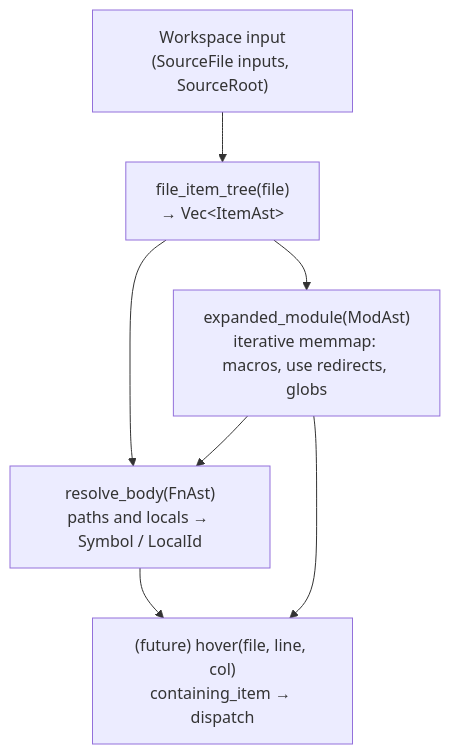
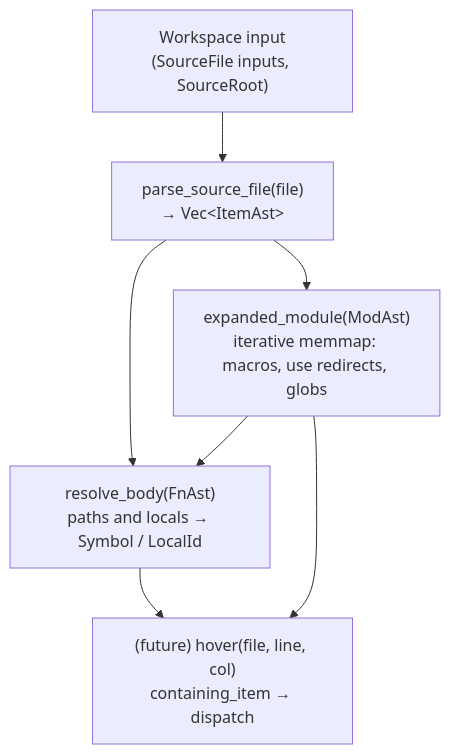
Before and after one commit to nikomatsakis/sage-dev: the diagram in md/design/overview.md, drawn with Mermaid. The commit also changed other lines of this file and 40 other files, not shown here.

````diff
--- a/md/design/overview.md
+++ b/md/design/overview.md
@@ -139,15 +139,15 @@
 ```mermaid
 flowchart TD
     Input["Workspace input<br/>(SourceFile inputs, SourceRoot)"]
-    Parse["file_item_tree(file)<br/>→ Vec&lt;ItemAst&gt;"]
+    Parse["parse_source_file(file)<br/>→ Vec&lt;ItemAst&gt;"]
     ExpMod["expanded_module(ModAst)<br/>iterative memmap: macros, use redirects, globs"]
     ResBody["resolve_body(FnAst)<br/>paths and locals → Symbol / LocalId"]
     Hover["(future) hover(file, line, col)<br/>containing_item → dispatch"]
 
     Input --> Parse
     Parse --> ExpMod
     Parse --> ResBody
     ExpMod --> ResBody
     ResBody --> Hover
     ExpMod --> Hover
 ```
````
